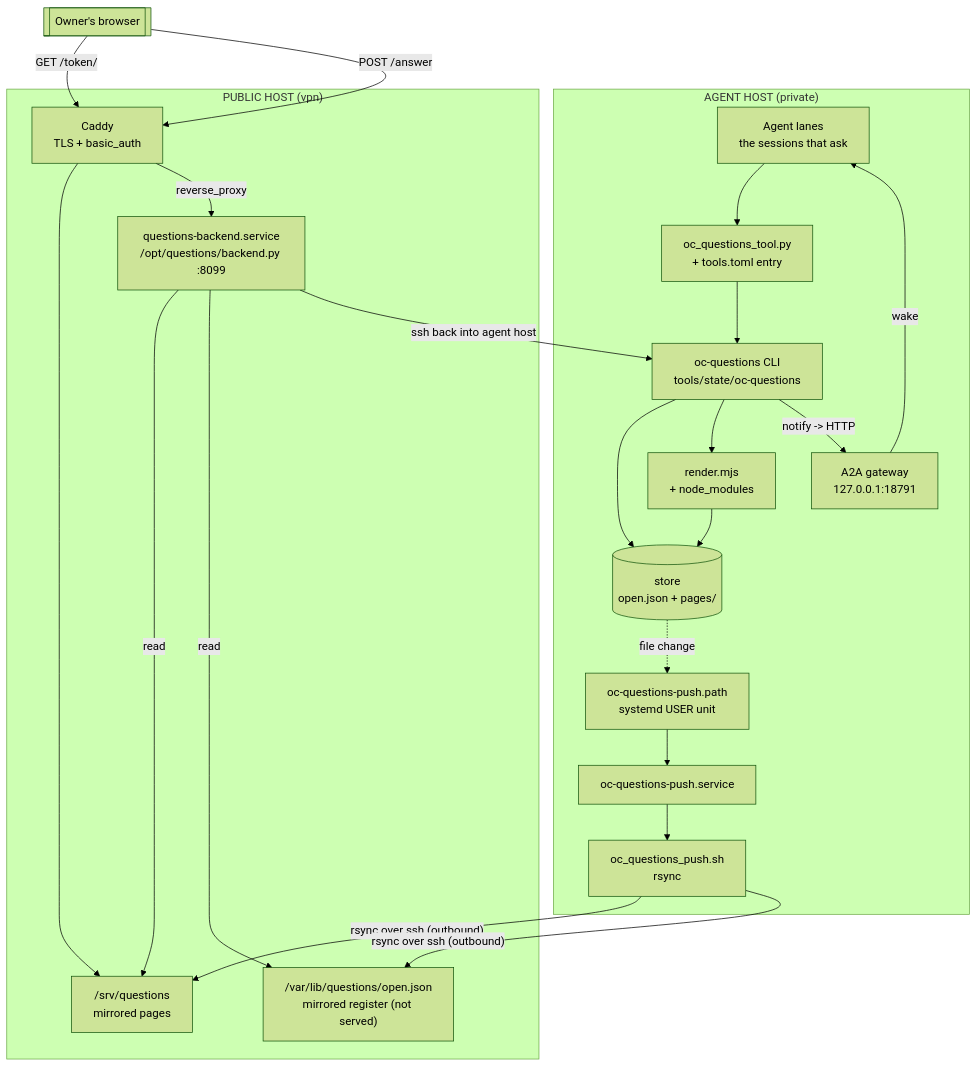
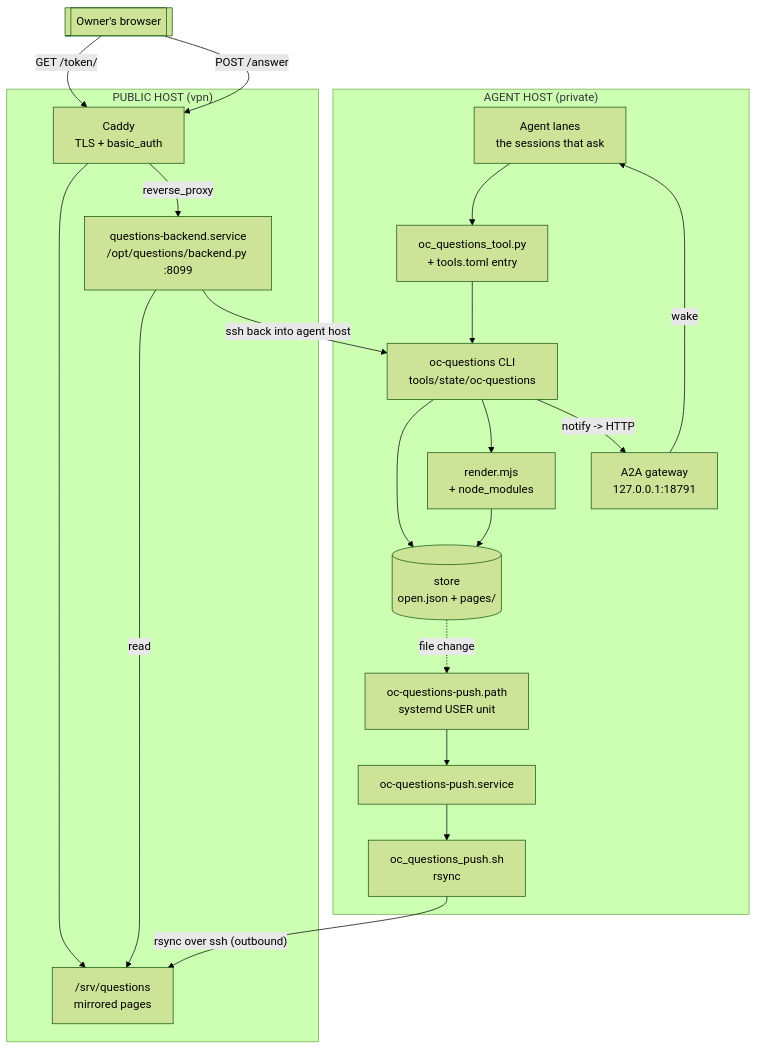
The first of 2 diagrams in tools/docs/OPEN-QUESTIONS-ARCHITECTURE.md (leshchenko1979/opencrabs-dev-factory), drawn with Mermaid (forest theme) before and after one commit. The commit also changed other lines of this file and 1 other file, not shown here.

First line of the commit message:
docs(open-questions): the architecture doc describes the shipped shape

````diff
--- a/tools/docs/OPEN-QUESTIONS-ARCHITECTURE.md
+++ b/tools/docs/OPEN-QUESTIONS-ARCHITECTURE.md
@@ -49,41 +53,38 @@
 ```mermaid
 flowchart TD
   subgraph AGENTS["AGENT HOST (private)"]
     LANE[Agent lanes<br/>the sessions that ask]
     CLI["oc-questions CLI<br/>tools/state/oc-questions"]
     STORE[("store<br/>open.json + pages/")]
     RENDER["render.mjs<br/>+ node_modules"]
     BRIDGE["oc_questions_tool.py<br/>+ tools.toml entry"]
     A2A["A2A gateway<br/>127.0.0.1:18791"]
     PUSHPATH["oc-questions-push.path<br/>systemd USER unit"]
     PUSHSVC["oc-questions-push.service"]
     PUSHSH["oc_questions_push.sh<br/>rsync"]
   end
   subgraph VPN["PUBLIC HOST (vpn)"]
     CADDY["Caddy<br/>TLS + basic_auth"]
     PAGES["/srv/questions<br/>mirrored pages"]
     BACKEND["questions-backend.service<br/>/opt/questions/backend.py :8099"]
-    REG["/var/lib/questions/open.json<br/>mirrored register (not served)"]
   end
   BROWSER[["Owner's browser"]]
 
   LANE --> BRIDGE
   BRIDGE --> CLI
   CLI --> STORE
   CLI --> RENDER
   RENDER --> STORE
   STORE -. "file change" .-> PUSHPATH
   PUSHPATH --> PUSHSVC
   PUSHSVC --> PUSHSH
   PUSHSH -- "rsync over ssh (outbound)" --> PAGES
-  PUSHSH -- "rsync over ssh (outbound)" --> REG
   BROWSER -- "GET /token/" --> CADDY
   CADDY --> PAGES
   BROWSER -- "POST /answer" --> CADDY
   CADDY -- "reverse_proxy" --> BACKEND
   BACKEND -- "read" --> PAGES
-  BACKEND -- "read" --> REG
   BACKEND -- "ssh back into agent host" --> CLI
   CLI -- "notify -> HTTP" --> A2A
   A2A -- "wake" --> LANE
 ```
````
